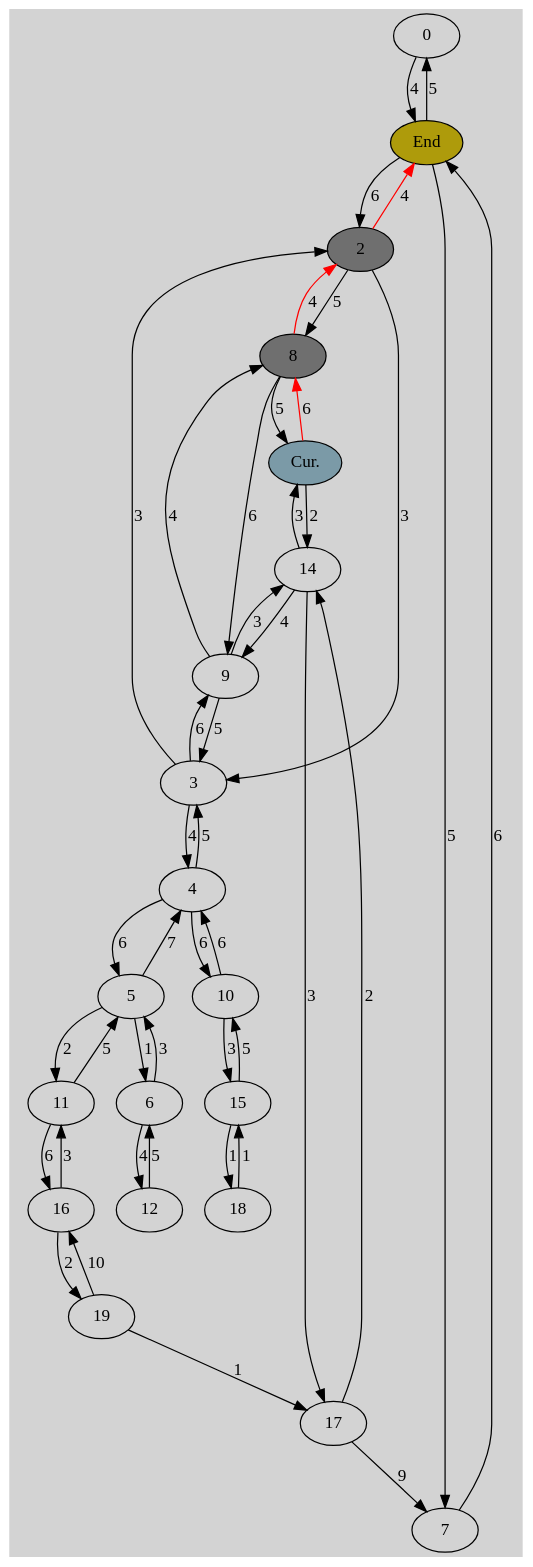
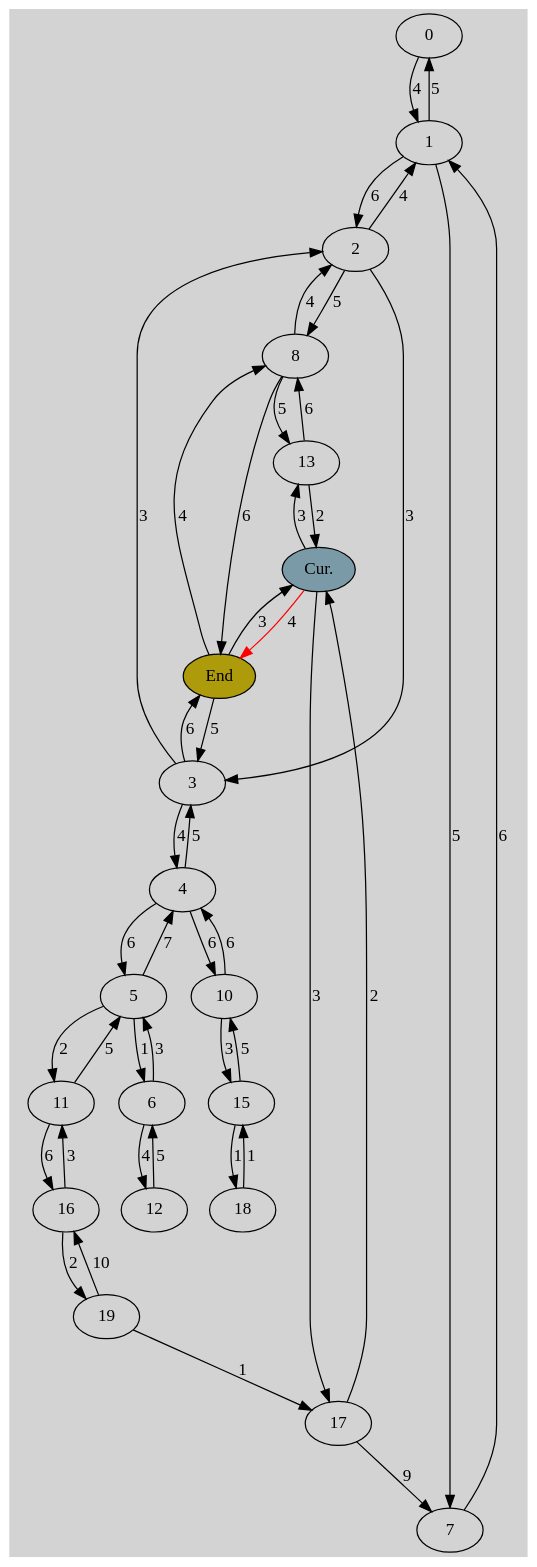
The diagram in img_gen/g1.gv (William-Thomas-Andrews/Shortest_Path_Algorithms), drawn with Graphviz before and after one commit. The commit also changed 14 other files, not shown here.

```diff
--- a/img_gen/g1.gv
+++ b/img_gen/g1.gv
@@ -1,137 +1,137 @@
 digraph G {
 	graph [pad="0.212,0.055" bgcolor=lightgray]
 	node [style=filled]
 	splines=true
 	0 [label="0", pos="100,200!"]
-	1 [label="End", fillcolor="#ae9b0bff"pos="200,200!"]
+	1 [label="1", pos="200,200!"]
 	0 -> 1 [color="black" label="4"]
-	1 [label="End", fillcolor="#ae9b0bff"pos="200,200!"]
+	1 [label="1", pos="200,200!"]
 	0 [label="0", pos="100,200!"]
 	1 -> 0 [color="black" label="5"]
-	1 [label="End", fillcolor="#ae9b0bff"pos="200,200!"]
+	1 [label="1", pos="200,200!"]
 	2 [label="2", pos="300,200!"]
 	1 -> 2 [color="black" label="6"]
-	2 [label="2", fillcolor="#6f6f6fff"pos="300,200!"]
-	1 [label="End", fillcolor="#ae9b0bff"pos="200,200!"]
-	2 -> 1 [color="red" label="4"]
+	2 [label="2", pos="300,200!"]
+	1 [label="1", pos="200,200!"]
+	2 -> 1 [color="black" label="4"]
 	2 [label="2", pos="300,200!"]
 	3 [label="3", pos="400,200!"]
 	2 -> 3 [color="black" label="3"]
 	3 [label="3", pos="400,200!"]
 	2 [label="2", pos="300,200!"]
 	3 -> 2 [color="black" label="3"]
 	3 [label="3", pos="400,200!"]
 	4 [label="4", pos="500,200!"]
 	3 -> 4 [color="black" label="4"]
 	4 [label="4", pos="500,200!"]
 	3 [label="3", pos="400,200!"]
 	4 -> 3 [color="black" label="5"]
 	4 [label="4", pos="500,200!"]
 	5 [label="5", pos="600,200!"]
 	4 -> 5 [color="black" label="6"]
 	5 [label="5", pos="600,200!"]
 	4 [label="4", pos="500,200!"]
 	5 -> 4 [color="black" label="7"]
 	5 [label="5", pos="600,200!"]
 	6 [label="6", pos="700,200!"]
 	5 -> 6 [color="black" label="1"]
 	6 [label="6", pos="700,200!"]
 	5 [label="5", pos="600,200!"]
 	6 -> 5 [color="black" label="3"]
-	1 [label="End", fillcolor="#ae9b0bff"pos="200,200!"]
+	1 [label="1", pos="200,200!"]
 	7 [label="7", pos="200,300!"]
 	1 -> 7 [color="black" label="5"]
 	7 [label="7", pos="200,300!"]
-	1 [label="End", fillcolor="#ae9b0bff"pos="200,200!"]
+	1 [label="1", pos="200,200!"]
 	7 -> 1 [color="black" label="6"]
 	2 [label="2", pos="300,200!"]
 	8 [label="8", pos="300,300!"]
 	2 -> 8 [color="black" label="5"]
-	8 [label="8", fillcolor="#6f6f6fff"pos="300,300!"]
-	2 [label="2", fillcolor="#6f6f6fff"pos="300,200!"]
-	8 -> 2 [color="red" label="4"]
+	8 [label="8", pos="300,300!"]
+	2 [label="2", pos="300,200!"]
+	8 -> 2 [color="black" label="4"]
 	3 [label="3", pos="400,200!"]
-	9 [label="9", pos="400,300!"]
+	9 [label="End", fillcolor="#ae9b0bff"pos="400,300!"]
 	3 -> 9 [color="black" label="6"]
-	9 [label="9", pos="400,300!"]
+	9 [label="End", fillcolor="#ae9b0bff"pos="400,300!"]
 	3 [label="3", pos="400,200!"]
 	9 -> 3 [color="black" label="5"]
-	9 [label="9", pos="400,300!"]
+	9 [label="End", fillcolor="#ae9b0bff"pos="400,300!"]
 	8 [label="8", pos="300,300!"]
 	9 -> 8 [color="black" label="4"]
 	8 [label="8", pos="300,300!"]
-	9 [label="9", pos="400,300!"]
+	9 [label="End", fillcolor="#ae9b0bff"pos="400,300!"]
 	8 -> 9 [color="black" label="6"]
 	4 [label="4", pos="500,200!"]
 	10 [label="10", pos="500,300!"]
 	4 -> 10 [color="black" label="6"]
 	10 [label="10", pos="500,300!"]
 	4 [label="4", pos="500,200!"]
 	10 -> 4 [color="black" label="6"]
 	5 [label="5", pos="600,200!"]
 	11 [label="11", pos="600,300!"]
 	5 -> 11 [color="black" label="2"]
 	11 [label="11", pos="600,300!"]
 	5 [label="5", pos="600,200!"]
 	11 -> 5 [color="black" label="5"]
 	6 [label="6", pos="700,200!"]
 	12 [label="12", pos="700,300!"]
 	6 -> 12 [color="black" label="4"]
 	12 [label="12", pos="700,300!"]
 	6 [label="6", pos="700,200!"]
 	12 -> 6 [color="black" label="5"]
 	8 [label="8", pos="300,300!"]
-	13 [label="Cur.", fillcolor="#7b9aa7ff"pos="300,400!"]
+	13 [label="13", pos="300,400!"]
 	8 -> 13 [color="black" label="5"]
-	13 [label="Cur.", fillcolor="#7b9aa7ff"pos="300,400!"]
-	8 [label="8", fillcolor="#6f6f6fff"pos="300,300!"]
-	13 -> 8 [color="red" label="6"]
-	13 [label="Cur.", fillcolor="#7b9aa7ff"pos="300,400!"]
-	14 [label="14", pos="400,400!"]
+	13 [label="13", pos="300,400!"]
+	8 [label="8", pos="300,300!"]
+	13 -> 8 [color="black" label="6"]
+	13 [label="13", pos="300,400!"]
+	14 [label="Cur.", fillcolor="#7b9aa7ff"pos="400,400!"]
 	13 -> 14 [color="black" label="2"]
-	14 [label="14", pos="400,400!"]
-	13 [label="Cur.", fillcolor="#7b9aa7ff"pos="300,400!"]
+	14 [label="Cur.", fillcolor="#7b9aa7ff"pos="400,400!"]
+	13 [label="13", pos="300,400!"]
 	14 -> 13 [color="black" label="3"]
-	9 [label="9", pos="400,300!"]
-	14 [label="14", pos="400,400!"]
+	9 [label="9", fillcolor="#ae9b0bff"pos="400,300!"]
+	14 [label="Cur.", fillcolor="#7b9aa7ff"pos="400,400!"]
 	9 -> 14 [color="black" label="3"]
-	14 [label="14", pos="400,400!"]
-	9 [label="9", pos="400,300!"]
-	14 -> 9 [color="black" label="4"]
+	14 [label="Cur.", fillcolor="#7b9aa7ff"pos="400,400!"]
+	9 [label="End", fillcolor="#ae9b0bff"pos="400,300!"]
+	14 -> 9 [color="red" label="4"]
 	10 [label="10", pos="500,300!"]
 	15 [label="15", pos="500,400!"]
 	10 -> 15 [color="black" label="3"]
 	15 [label="15", pos="500,400!"]
 	10 [label="10", pos="500,300!"]
 	15 -> 10 [color="black" label="5"]
 	11 [label="11", pos="600,300!"]
 	16 [label="16", pos="600,400!"]
 	11 -> 16 [color="black" label="6"]
 	16 [label="16", pos="600,400!"]
 	11 [label="11", pos="600,300!"]
 	16 -> 11 [color="black" label="3"]
-	14 [label="14", pos="400,400!"]
+	14 [label="Cur.", fillcolor="#7b9aa7ff"pos="400,400!"]
 	17 [label="17", pos="400,500!"]
 	14 -> 17 [color="black" label="3"]
 	17 [label="17", pos="400,500!"]
-	14 [label="14", pos="400,400!"]
+	14 [label="Cur.", fillcolor="#7b9aa7ff"pos="400,400!"]
 	17 -> 14 [color="black" label="2"]
 	19 [label="19", pos="600,500!"]
 	17 [label="17", pos="400,500!"]
 	19 -> 17 [color="black" label="1"]
 	17 [label="17", pos="400,500!"]
 	7 [label="7", pos="200,300!"]
 	17 -> 7 [color="black" label="9"]
 	15 [label="15", pos="500,400!"]
 	18 [label="18", pos="500,500!"]
 	15 -> 18 [color="black" label="1"]
 	18 [label="18", pos="500,500!"]
 	15 [label="15", pos="500,400!"]
 	18 -> 15 [color="black" label="1"]
 	16 [label="16", pos="600,400!"]
 	19 [label="19", pos="600,500!"]
 	16 -> 19 [color="black" label="2"]
 	19 [label="19", pos="600,500!"]
 	16 [label="16", pos="600,400!"]
 	19 -> 16 [color="black" label="10"]
 }
```
